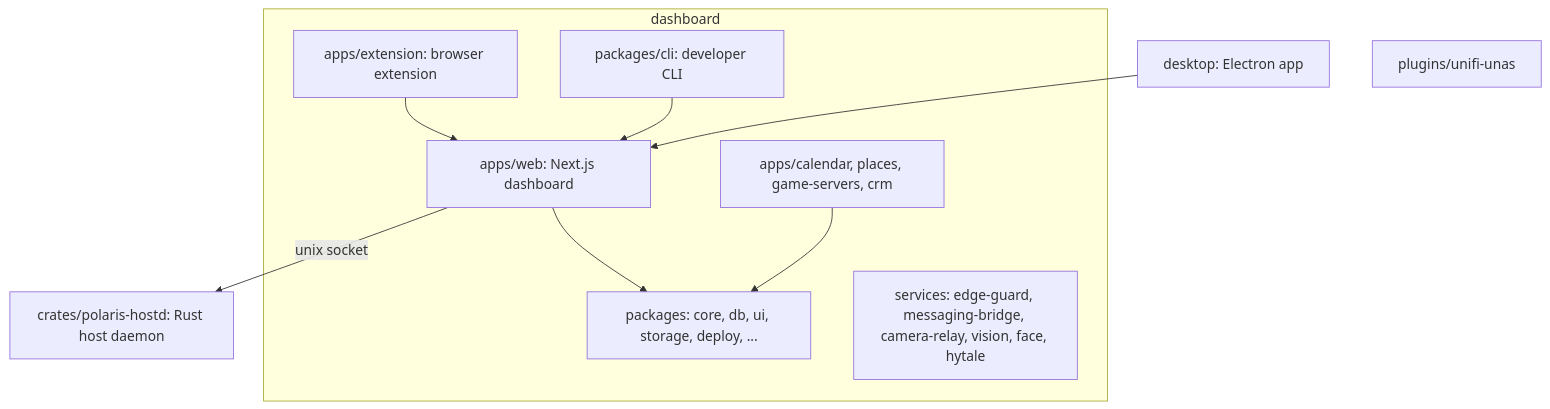
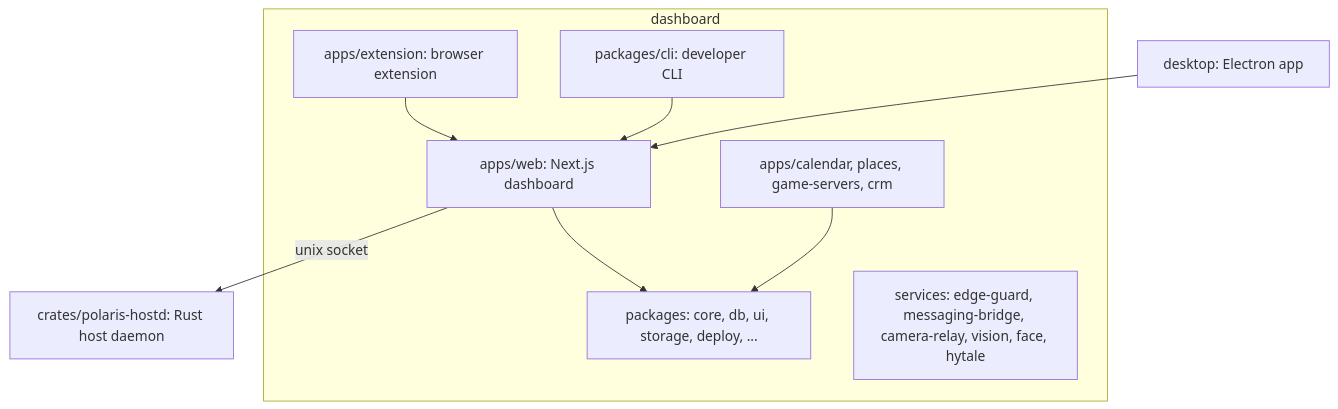
The fifth of 5 diagrams in README.md (FJRG2007/polaris), drawn with Mermaid before and after one commit. The commit also changed 68 other files, not shown here.

First line of the commit message:
🔥 remove(unifi-unas): drop the Home Assistant plugin, Polaris does its job itself

````diff
--- a/README.md
+++ b/README.md
@@ -517,20 +517,19 @@
 ```mermaid
 flowchart TB
     subgraph dashboard
         web[apps/web: Next.js dashboard]
         apps[apps/calendar, places, game-servers, crm]
         ext[apps/extension: browser extension]
         pkgs[packages: core, db, ui, storage, deploy, ...]
         svc[services: edge-guard, messaging-bridge, camera-relay, vision, face, hytale]
         cli[packages/cli: developer CLI]
     end
     hostd[crates/polaris-hostd: Rust host daemon]
     desk[desktop: Electron app]
-    plug[plugins/unifi-unas]
     web --> pkgs
     apps --> pkgs
     cli --> web
     desk --> web
     ext --> web
     web -- unix socket --> hostd
 ```
````
